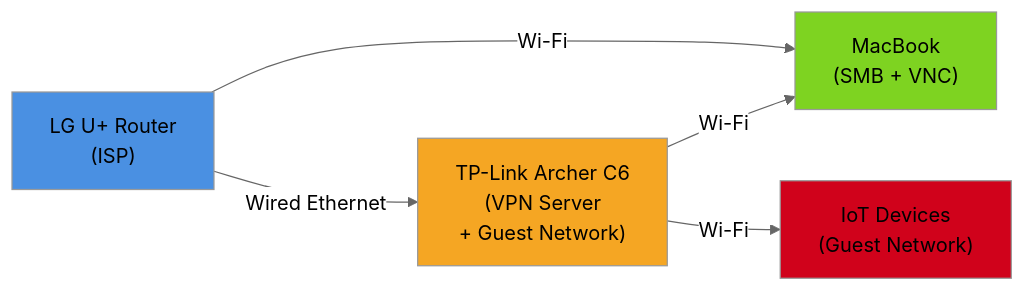
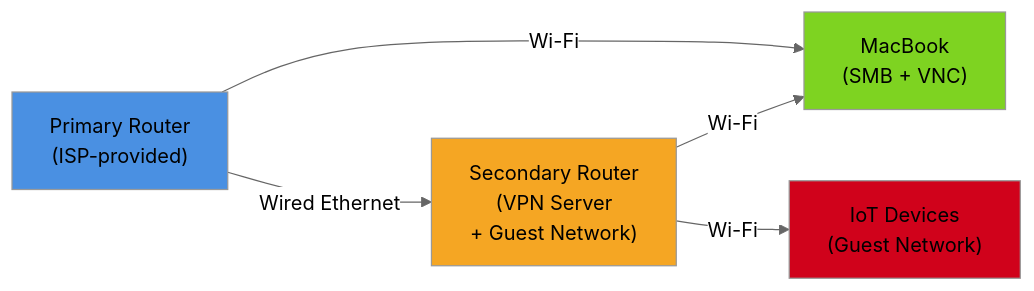
The first of 2 diagrams in content/en/router-vpn-01.md (samcho0608/samcho0608.github.io), drawn with Mermaid (neutral theme) before and after one commit. The commit also changed other lines of this file and 9 other files, not shown here.

````diff
--- a/content/en/router-vpn-01.md
+++ b/content/en/router-vpn-01.md
@@ -60,17 +64,17 @@
 ```mermaid
 graph LR
-    A["LG U+ Router<br/>(ISP)"]
-    B["TP-Link Archer C6<br/>(VPN Server<br/>+ Guest Network)"]
+    A["Primary Router<br/>(ISP-provided)"]
+    B["Secondary Router<br/>(VPN Server<br/>+ Guest Network)"]
     C["MacBook<br/>(SMB + VNC)"]
     D["IoT Devices<br/>(Guest Network)"]
 
     A -->|Wired Ethernet| B
     A -->|Wi-Fi| C
     B -->|Wi-Fi| C
     B -->|Wi-Fi| D
 
     style A fill:#4a90e2
     style B fill:#f5a623
     style C fill:#7ed321
     style D fill:#d0021b
 ```
````
